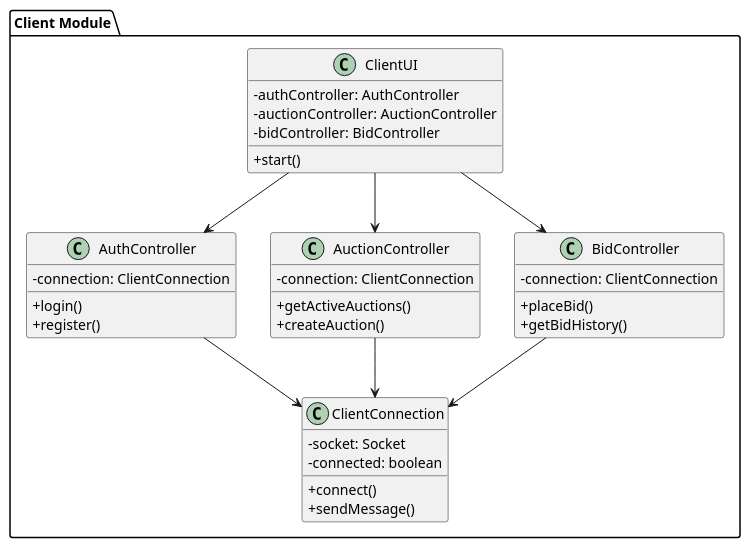
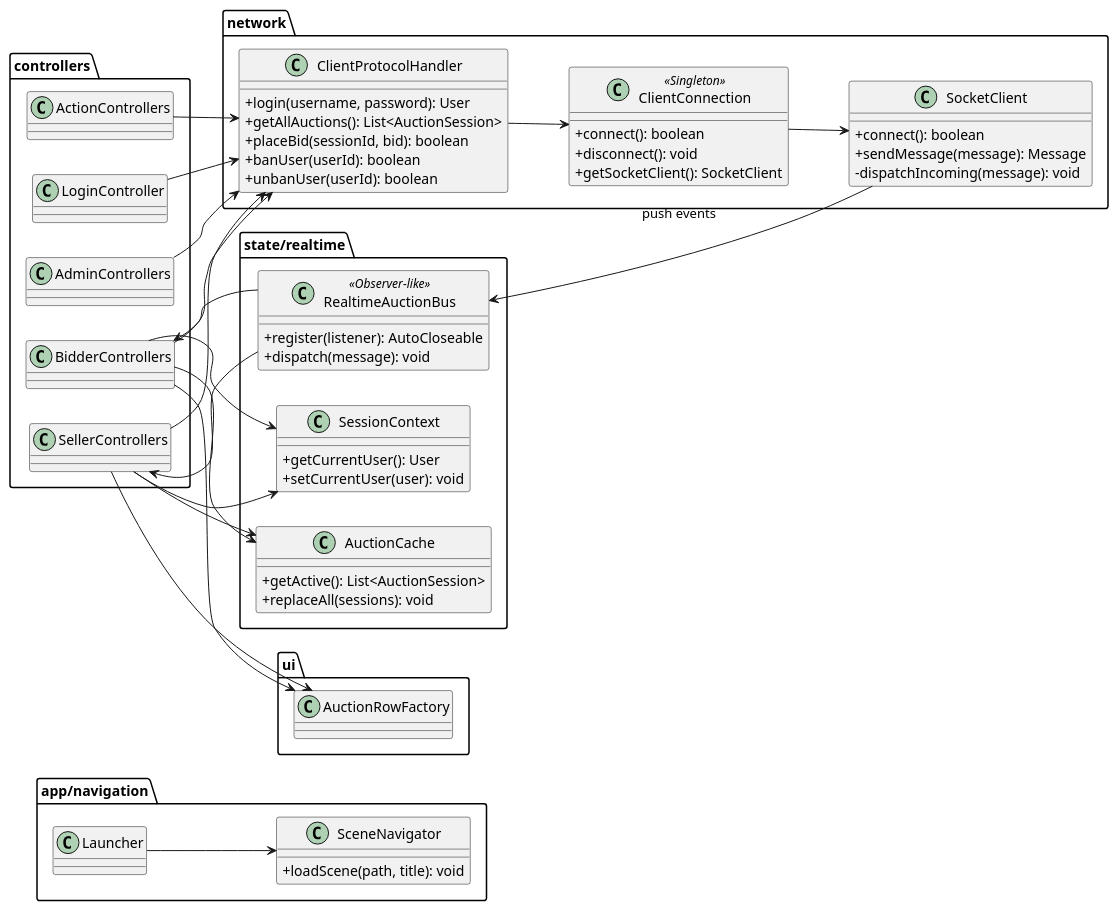
The diagram in docs/diagrams/class_client.puml (duydo11/auction-system-cua-hai-giang-duy-va-beo), drawn with PlantUML before and after one commit. The commit also changed 24 other files, not shown here.

First line of the commit message:
docs: refresh UML diagrams to match current architecture

```diff
--- a/docs/diagrams/class_client.puml
+++ b/docs/diagrams/class_client.puml
@@ -1,45 +1,81 @@
 @startuml
-' Class diagram - Client module
+' Class diagram - Client module (current codebase, grouped)
 skinparam classAttributeIconSize 0
+left to right direction
 
-package "Client Module" {
-  class ClientConnection {
-    - socket: Socket
-    - connected: boolean
-    + connect()
-    + sendMessage()
+package "app/navigation" {
+  class Launcher
+  class SceneNavigator {
+    + loadScene(path, title): void
+  }
+}
+
+package "network" {
+  class ClientConnection <<Singleton>> {
+    + connect(): boolean
+    + disconnect(): void
+    + getSocketClient(): SocketClient
   }
 
-  class AuthController {
-    - connection: ClientConnection
-    + login()
-    + register()
+  class SocketClient {
+    + connect(): boolean
+    + sendMessage(message): Message
+    - dispatchIncoming(message): void
   }
 
-  class AuctionController {
-    - connection: ClientConnection
-    + getActiveAuctions()
-    + createAuction()
+  class ClientProtocolHandler {
+    + login(username, password): User
+    + getAllAuctions(): List<AuctionSession>
+    + placeBid(sessionId, bid): boolean
+    + banUser(userId): boolean
+    + unbanUser(userId): boolean
+  }
+}
+
+package "state/realtime" {
+  class SessionContext {
+    + getCurrentUser(): User
+    + setCurrentUser(user): void
   }
 
-  class BidController {
-    - connection: ClientConnection
-    + placeBid()
-    + getBidHistory()
+  class AuctionCache {
+    + getActive(): List<AuctionSession>
+    + replaceAll(sessions): void
   }
 
-  class ClientUI {
-    - authController: AuthController
-    - auctionController: AuctionController
-    - bidController: BidController
-    + start()
+  class RealtimeAuctionBus <<Observer-like>> {
+    + register(listener): AutoCloseable
+    + dispatch(message): void
   }
+}
 
-  ClientUI --> AuthController
-  ClientUI --> AuctionController
-  ClientUI --> BidController
-  AuthController --> ClientConnection
-  AuctionController --> ClientConnection
-  BidController --> ClientConnection
+package "controllers" {
+  class LoginController
+  class AdminControllers
+  class BidderControllers
+  class SellerControllers
+  class ActionControllers
 }
+
+package "ui" {
+  class AuctionRowFactory
+}
+
+Launcher --> SceneNavigator
+LoginController --> ClientProtocolHandler
+AdminControllers --> ClientProtocolHandler
+BidderControllers --> ClientProtocolHandler
+SellerControllers --> ClientProtocolHandler
+ActionControllers --> ClientProtocolHandler
+ClientProtocolHandler --> ClientConnection
+ClientConnection --> SocketClient
+SocketClient --> RealtimeAuctionBus : push events
+RealtimeAuctionBus --> BidderControllers
+RealtimeAuctionBus --> SellerControllers
+BidderControllers --> SessionContext
+SellerControllers --> SessionContext
+BidderControllers --> AuctionCache
+SellerControllers --> AuctionCache
+BidderControllers --> AuctionRowFactory
+SellerControllers --> AuctionRowFactory
 @enduml
```
